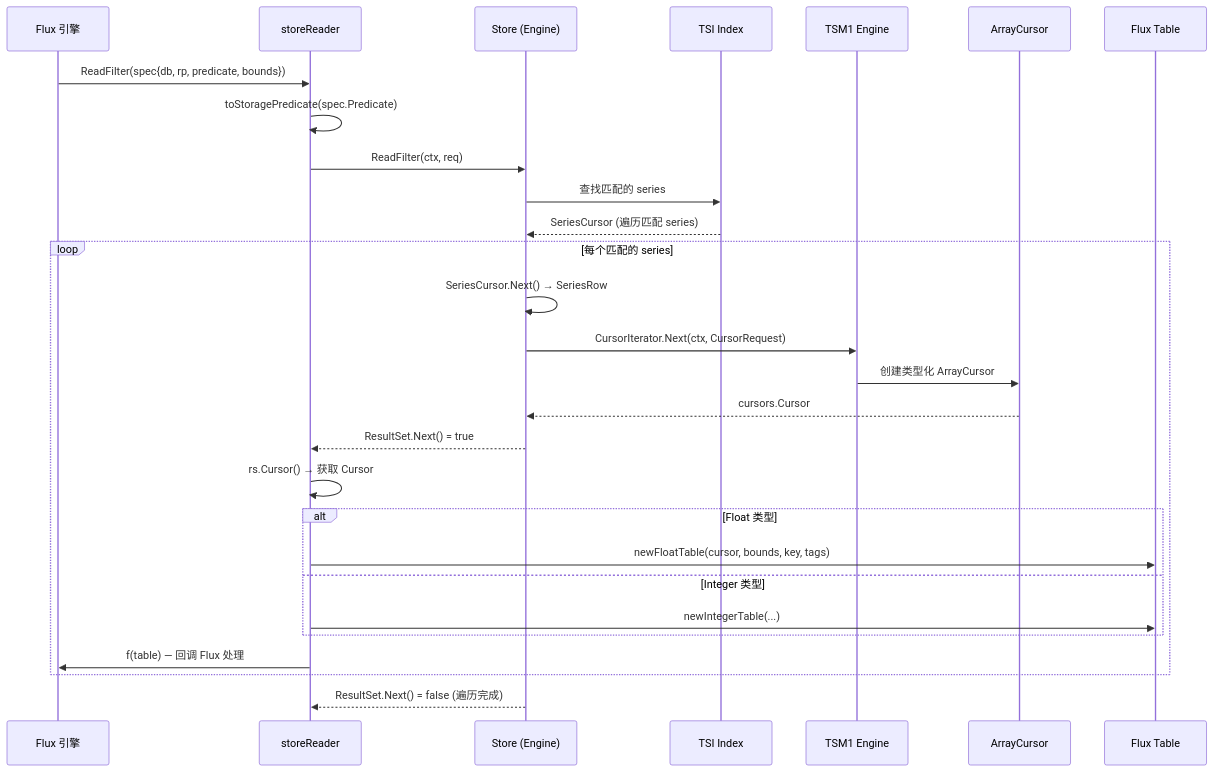
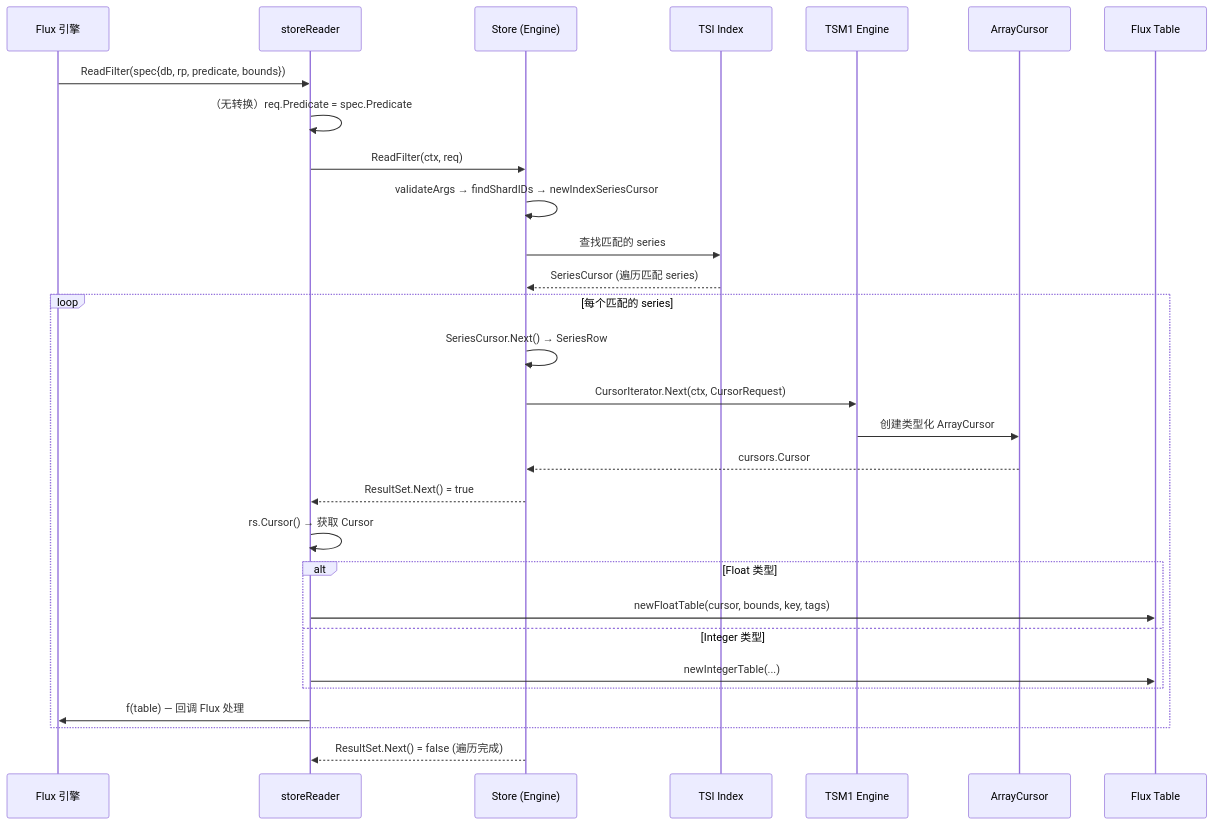
The first of 17 diagrams in docs/specs/09_storage_reads_spec.md (stefanv5/influxdb), drawn with Mermaid before and after one commit. The commit also changed other lines of this file and 16 other files, not shown here.

First line of the commit message:
docs: correct and deepen the 17 architecture specs

````diff
--- a/docs/specs/09_storage_reads_spec.md
+++ b/docs/specs/09_storage_reads_spec.md
@@ -112,37 +120,38 @@
 ```mermaid
 sequenceDiagram
     participant Flux as Flux 引擎
     participant Reader as storeReader
     participant Store as Store (Engine)
     participant TSI as TSI Index
     participant TSM as TSM1 Engine
     participant Cursor as ArrayCursor
     participant Table as Flux Table
 
     Flux->>Reader: ReadFilter(spec{db, rp, predicate, bounds})
-    Reader->>Reader: toStoragePredicate(spec.Predicate)
+    Reader->>Reader: （无转换）req.Predicate = spec.Predicate
     Reader->>Store: ReadFilter(ctx, req)
 
+    Store->>Store: validateArgs → findShardIDs → newIndexSeriesCursor
     Store->>TSI: 查找匹配的 series
     TSI-->>Store: SeriesCursor (遍历匹配 series)
 
     loop 每个匹配的 series
         Store->>Store: SeriesCursor.Next() → SeriesRow
         Store->>TSM: CursorIterator.Next(ctx, CursorRequest)
         TSM->>Cursor: 创建类型化 ArrayCursor
         Cursor-->>Store: cursors.Cursor
 
         Store-->>Reader: ResultSet.Next() = true
         Reader->>Reader: rs.Cursor() → 获取 Cursor
 
         alt Float 类型
             Reader->>Table: newFloatTable(cursor, bounds, key, tags)
         else Integer 类型
             Reader->>Table: newIntegerTable(...)
         end
 
         Reader->>Flux: f(table) — 回调 Flux 处理
     end
 
     Store-->>Reader: ResultSet.Next() = false (遍历完成)
 ```
````
